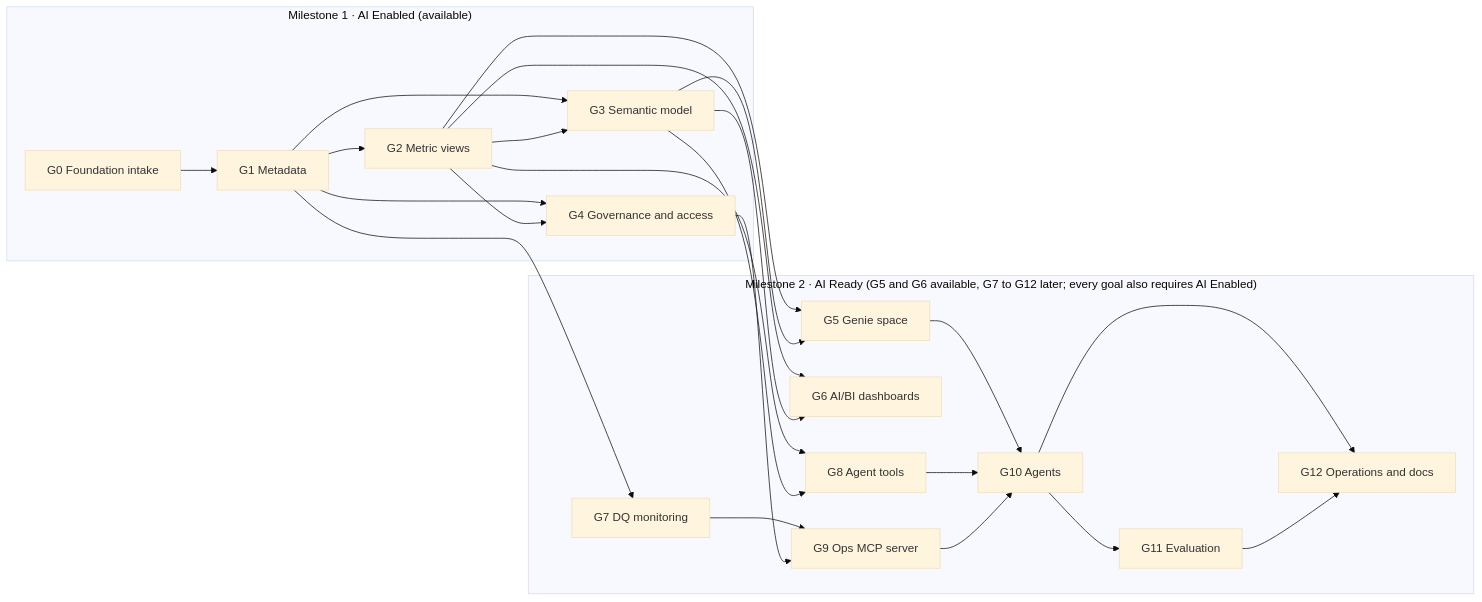
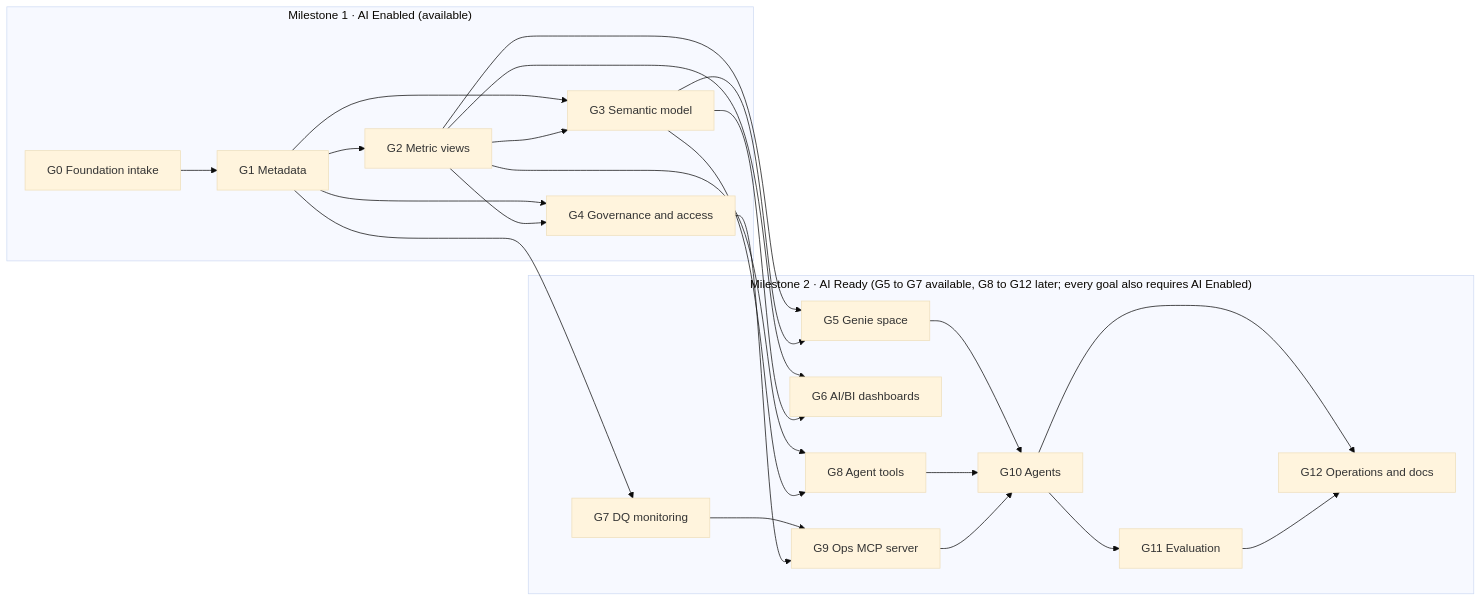
Before and after one commit to vasutechgenie/maya-dbx-ai: the second of 7 diagrams in docs/ARCHITECTURE.md, drawn with Mermaid (base theme). The commit also changed other lines of this file and 27 other files, not shown here.

````diff
--- a/docs/ARCHITECTURE.md
+++ b/docs/ARCHITECTURE.md
@@ -84,35 +85,35 @@
 ```mermaid
 flowchart LR
     subgraph AE["Milestone 1 · AI Enabled (available)"]
         G0["G0 Foundation intake"] --> G1["G1 Metadata"]
         G1 --> G2["G2 Metric views"]
         G1 --> G3["G3 Semantic model"]
         G2 --> G3
         G1 --> G4["G4 Governance and access"]
         G2 --> G4
     end
-    subgraph AR["Milestone 2 · AI Ready (G5 and G6 available, G7 to G12 later; every goal also requires AI Enabled)"]
+    subgraph AR["Milestone 2 · AI Ready (G5 to G7 available, G8 to G12 later; every goal also requires AI Enabled)"]
         G5["G5 Genie space"]
         G6["G6 AI/BI dashboards"]
         G7["G7 DQ monitoring"]
         G8["G8 Agent tools"]
         G9["G9 Ops MCP server"]
         G10["G10 Agents"]
         G11["G11 Evaluation"]
         G12["G12 Operations and docs"]
         G5 --> G10
         G8 --> G10
         G7 --> G9 --> G10
         G10 --> G11
         G10 --> G12
         G11 --> G12
     end
     G2 --> G5
     G3 --> G5
     G2 --> G6
     G3 --> G6
     G1 --> G7
     G2 --> G8
     G3 --> G8
     G4 --> G9
 ```
````
